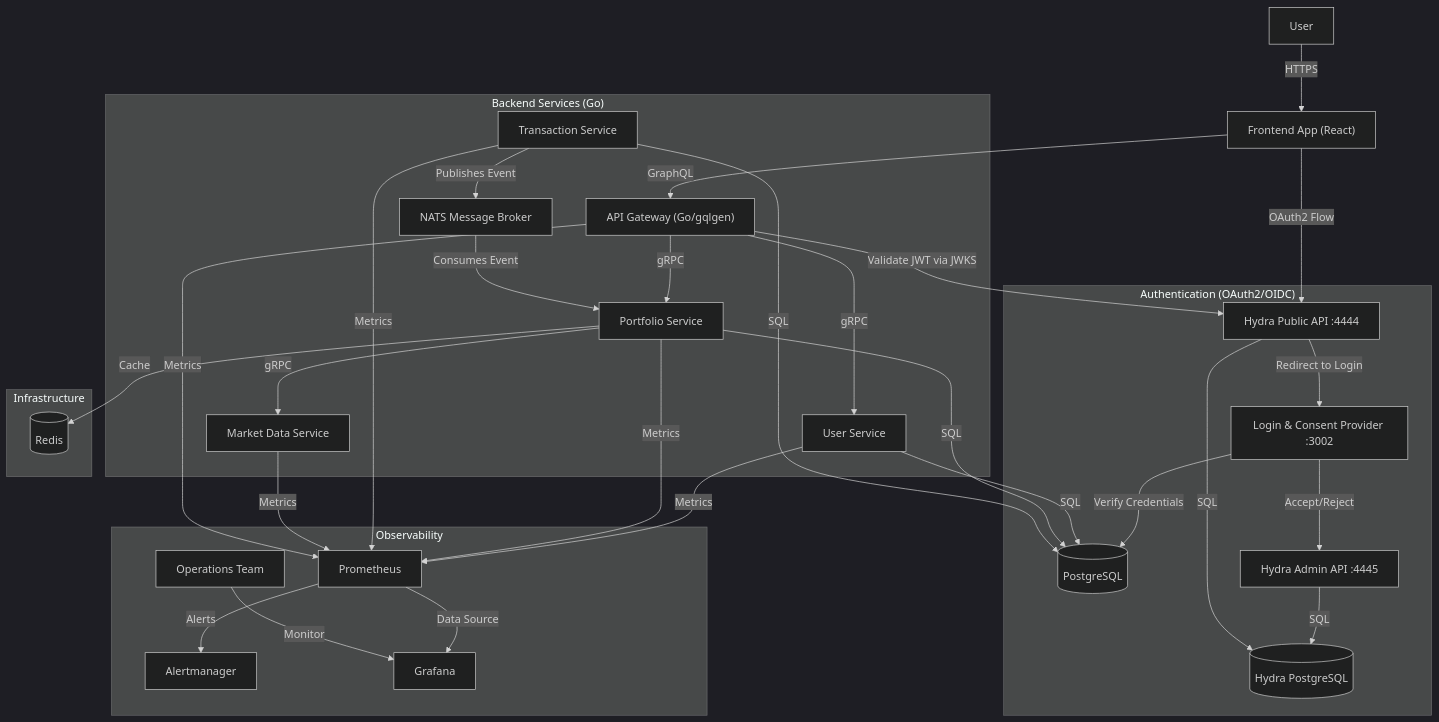
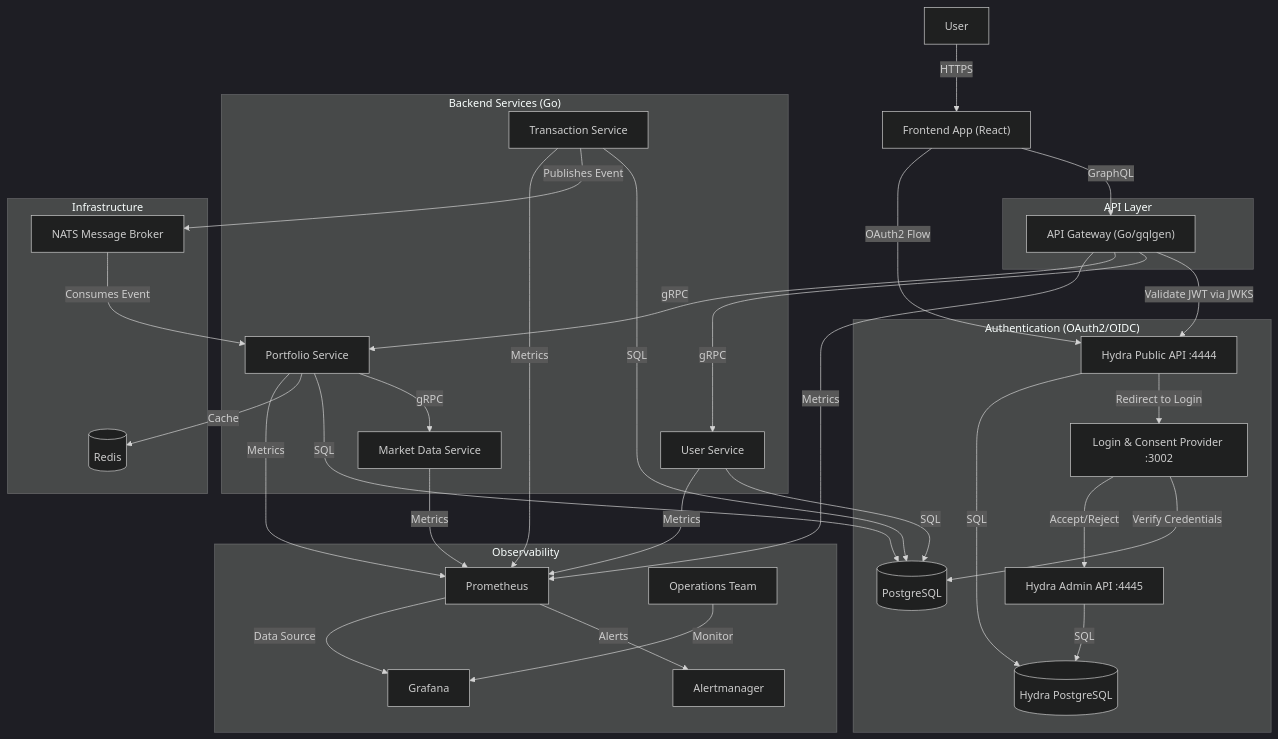
The first of 3 diagrams in README.md (garcios/portfolio-insights), drawn with Mermaid (dark theme) before and after one commit.

Commit message:
docs: restructure Mermaid diagram in README for improved readability and logical grouping of components.

````diff
--- a/README.md
+++ b/README.md
@@ -11,45 +11,58 @@
 ```mermaid
 graph TD
     User[User] -->|HTTPS| Frontend["Frontend App (React)"]
-    Frontend -->|GraphQL| Gateway["API Gateway (Go/gqlgen)"]
+    
+    subgraph "API Layer"
+        Gateway["API Gateway (Go/gqlgen)"]
+    end
+
+    Frontend -->|GraphQL| Gateway
     Frontend -->|OAuth2 Flow| HydraPublic["Hydra Public API :4444"]
     Gateway -->|Validate JWT via JWKS| HydraPublic
     
     subgraph "Authentication (OAuth2/OIDC)"
         HydraPublic -->|Redirect to Login| LoginConsent["Login & Consent Provider :3002"]
-        LoginConsent -->|Verify Credentials| DB[(PostgreSQL)]
+        LoginConsent -->|Verify Credentials| DB
         LoginConsent -->|Accept/Reject| HydraAdmin["Hydra Admin API :4445"]
         HydraAdmin -->|SQL| HydraDB[(Hydra PostgreSQL)]
         HydraPublic -->|SQL| HydraDB
     end
     
     subgraph "Backend Services (Go)"
-        Gateway -->|gRPC| UserService[User Service]
-        Gateway -->|gRPC| PortfolioService[Portfolio Service]
+        UserService[User Service]
+        PortfolioService[Portfolio Service]
+        MarketData[Market Data Service]
+        TransactionService[Transaction Service]
         
-        PortfolioService -->|gRPC| MarketData[Market Data Service]
-        
-        TransactionService[Transaction Service] -->|Publishes Event| NATS[NATS Message Broker]
-        NATS -->|Consumes Event| PortfolioService
+        PortfolioService -->|gRPC| MarketData
     end
+
+    Gateway -->|gRPC| UserService
+    Gateway -->|gRPC| PortfolioService
     
     subgraph "Infrastructure"
-        UserService -->|SQL| DB
-        PortfolioService -->|SQL| DB
-        TransactionService -->|SQL| DB
-        PortfolioService -->|Cache| Redis[(Redis)]
+        DB[(PostgreSQL)]
+        NATS[NATS Message Broker]
+        Redis[(Redis)]
     end
+
+    UserService -->|SQL| DB
+    PortfolioService -->|SQL| DB
+    TransactionService -->|SQL| DB
+    PortfolioService -->|Cache| Redis
+    TransactionService -->|Publishes Event| NATS
+    NATS -->|Consumes Event| PortfolioService
     
     subgraph "Observability"
         UserService -->|Metrics| Prometheus[Prometheus]
         PortfolioService -->|Metrics| Prometheus
         TransactionService -->|Metrics| Prometheus
         MarketData -->|Metrics| Prometheus
         Gateway -->|Metrics| Prometheus
         
         Prometheus -->|Alerts| Alertmanager[Alertmanager]
         Prometheus -->|Data Source| Grafana[Grafana]
         
         Ops[Operations Team] -->|Monitor| Grafana
     end
 ```
````
